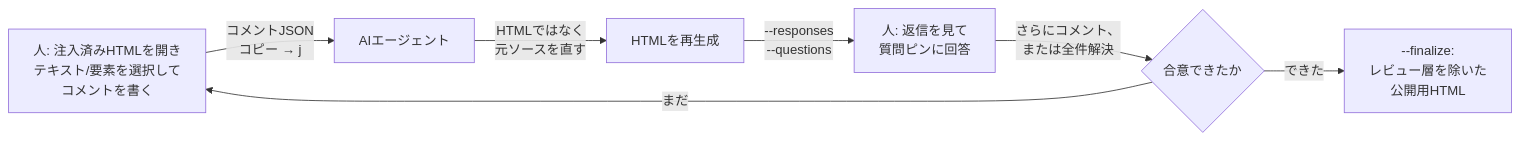
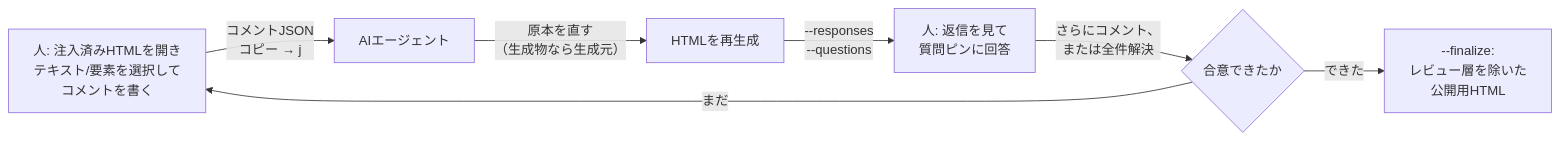
One commit to hasimonasu/samepage changed the diagram in README.ja.md. Above: the diagram before and after it, drawn with Mermaid. The commit also changed other lines of this file and 3 other files, not shown here.

````diff
--- a/README.ja.md
+++ b/README.ja.md
@@ -22,9 +24,9 @@
 ```mermaid
 flowchart LR
     A[人: 注入済みHTMLを開き<br/>テキスト/要素を選択して<br/>コメントを書く] -->|コメントJSON<br/>コピー → j| B[AIエージェント]
-    B -->|HTMLではなく<br/>元ソースを直す| C[HTMLを再生成]
+    B -->|原本を直す<br/>（生成物なら生成元）| C[HTMLを再生成]
     C -->|--responses<br/>--questions| D[人: 返信を見て<br/>質問ピンに回答]
     D -->|さらにコメント、<br/>または全件解決| E{合意できたか}
     E -->|まだ| A
     E -->|できた| F[--finalize:<br/>レビュー層を除いた<br/>公開用HTML]
 ```
````
